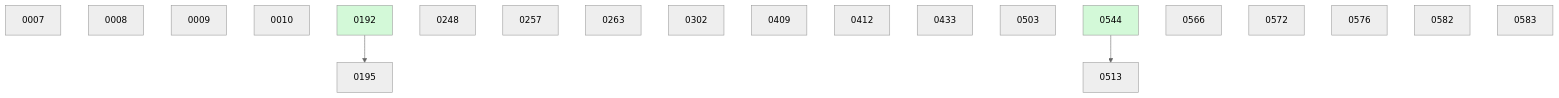
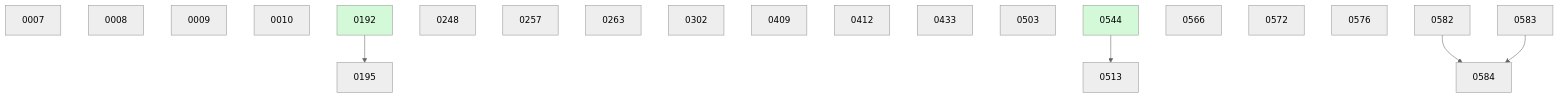
The diagram in docs/changes/BOARD.md (danielhanold/docket), drawn with Mermaid (neutral theme) before and after one commit. The commit also changed other lines of this file and 1 other file, not shown here.

````diff
--- a/docs/changes/BOARD.md
+++ b/docs/changes/BOARD.md
@@ -34,25 +35,27 @@
 ```mermaid
 graph TD
   0007
   0008
   0009
   0010
   0192 --> 0195
   0248
   0257
   0263
   0302
   0409
   0412
   0433
   0503
   0544 --> 0513
   0566
   0572
   0576
   0582
   0583
+  0582 --> 0584
+  0583 --> 0584
   0192:::done
   0544:::done
   classDef done fill:#d3f9d8;
 ```
````
